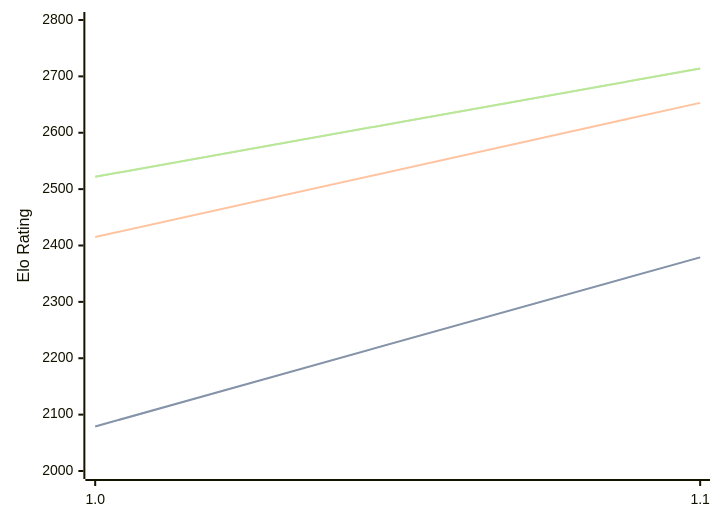
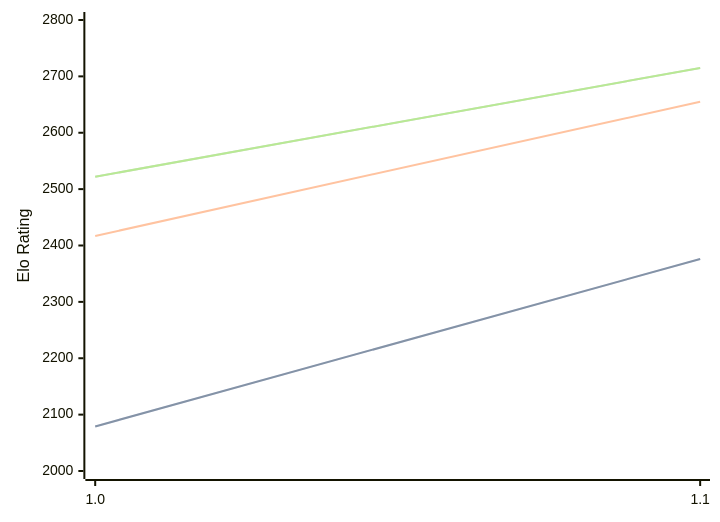
The diagram in engines/Erinn.md (computer-chess-index/cci), drawn with Mermaid before and after one commit. The commit also changed other lines of this file, not shown here.

Commit message:
Update CCI Ratings (ELO VLTC) - 2026-08-05

````diff
--- a/engines/Erinn.md
+++ b/engines/Erinn.md
@@ -32,11 +32,11 @@
 ```mermaid
 %%{init: {"theme":"base","themeVariables":{"seriesColors:['#a3a3a3','#222221','#faa371']}}}%%
 xychart-beta
   x-axis ["1.0", "1.1"]
   y-axis "Elo Rating" 2000 --> 2800
-  line "STC (8.0+0.08s)" [2079, 2379]
-  line "STC (8.0+0.08s)" [2079, 2379]
-  line "LTC (60.0+0.60s)" [2415, 2653]
-  line "VLTC (2m24s+1.12s)" [2522, 2714]
-  line "VLTC (2m24s+1.12s)" [2522, 2714]
+  line "STC (8.0+0.08s)" [2079, 2376]
+  line "STC (8.0+0.08s)" [2079, 2376]
+  line "LTC (60.0+0.60s)" [2417, 2655]
+  line "VLTC (2m24s+1.12s)" [2522, 2715]
+  line "VLTC (2m24s+1.12s)" [2522, 2715]
 ```
````
